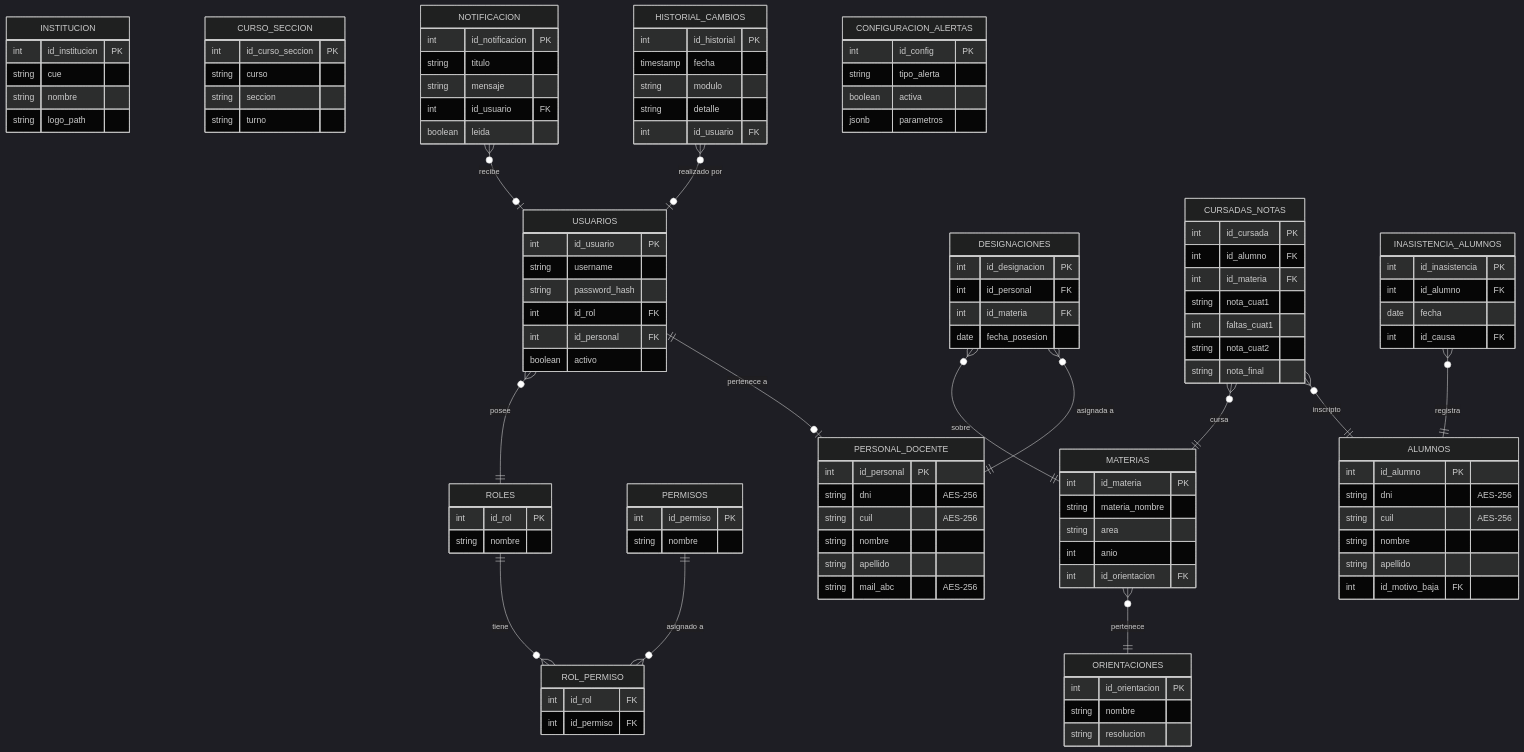
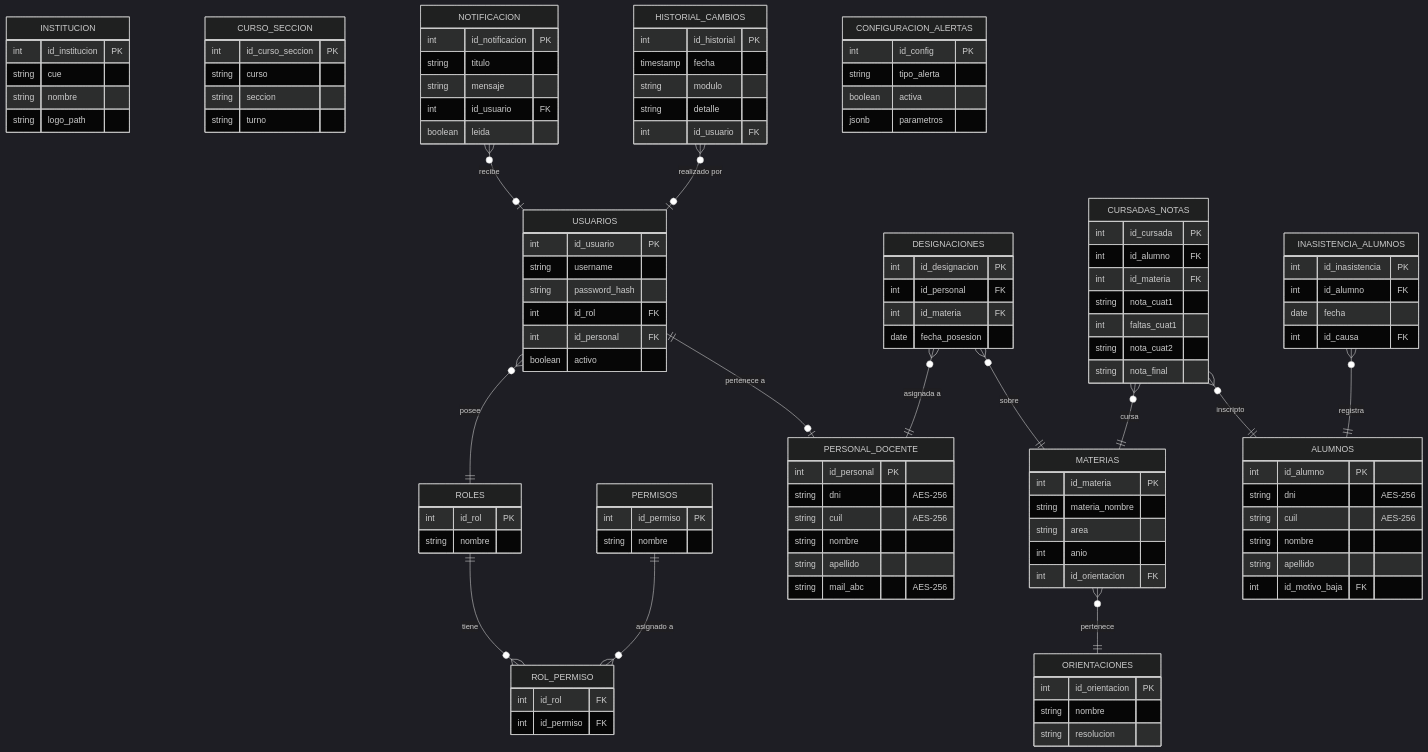
The diagram in backend/README.md (crismurbaez/Modularis), drawn with Mermaid (dark theme) before and after one commit.

Commit message:
FIX: orden realc BD en readme

```diff
--- a/backend/README.md
+++ b/backend/README.md
@@ -182,9 +182,9 @@
     ROLES ||--o{ ROL_PERMISO : "tiene"
     PERMISOS ||--o{ ROL_PERMISO : "asignado a"
     
+    DESIGNACIONES }o--|| MATERIAS : "sobre"
     DESIGNACIONES }o--|| PERSONAL_DOCENTE : "asignada a"
-    DESIGNACIONES }o--|| MATERIAS : "sobre"
-    
+        
     MATERIAS }o--|| ORIENTACIONES : "pertenece"
     
     CURSADAS_NOTAS }o--|| ALUMNOS : "inscripto"
```
